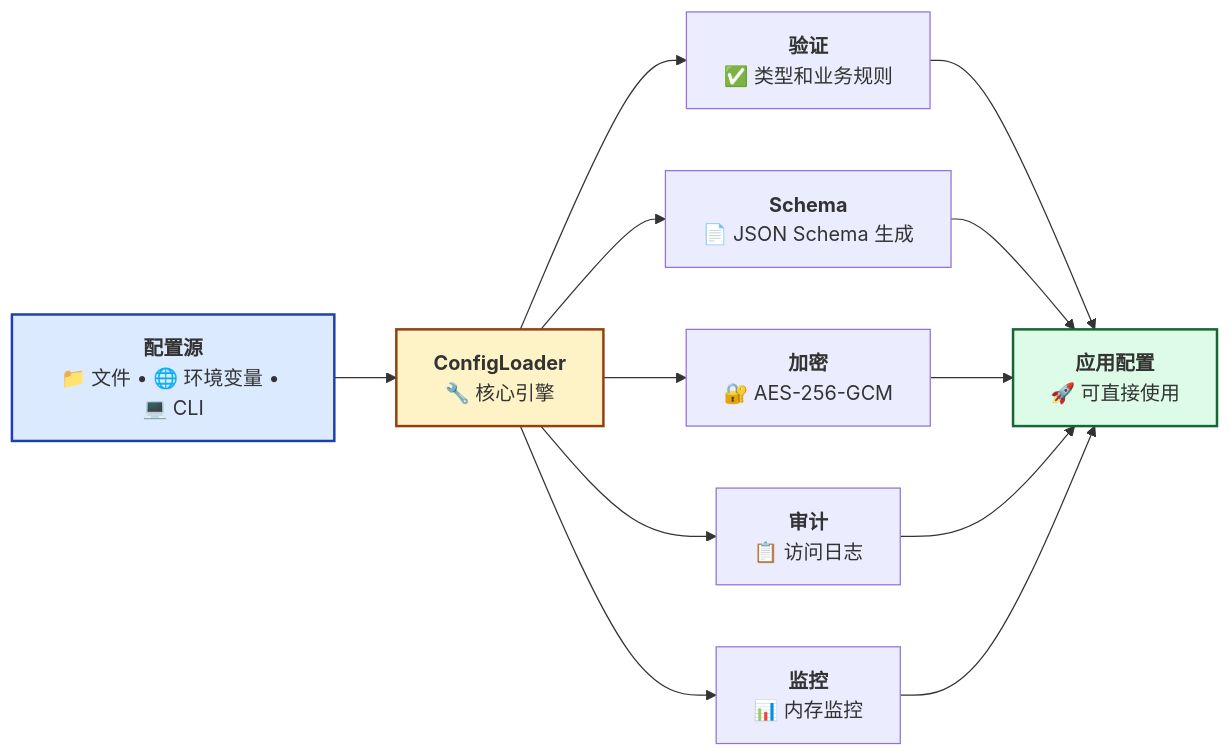
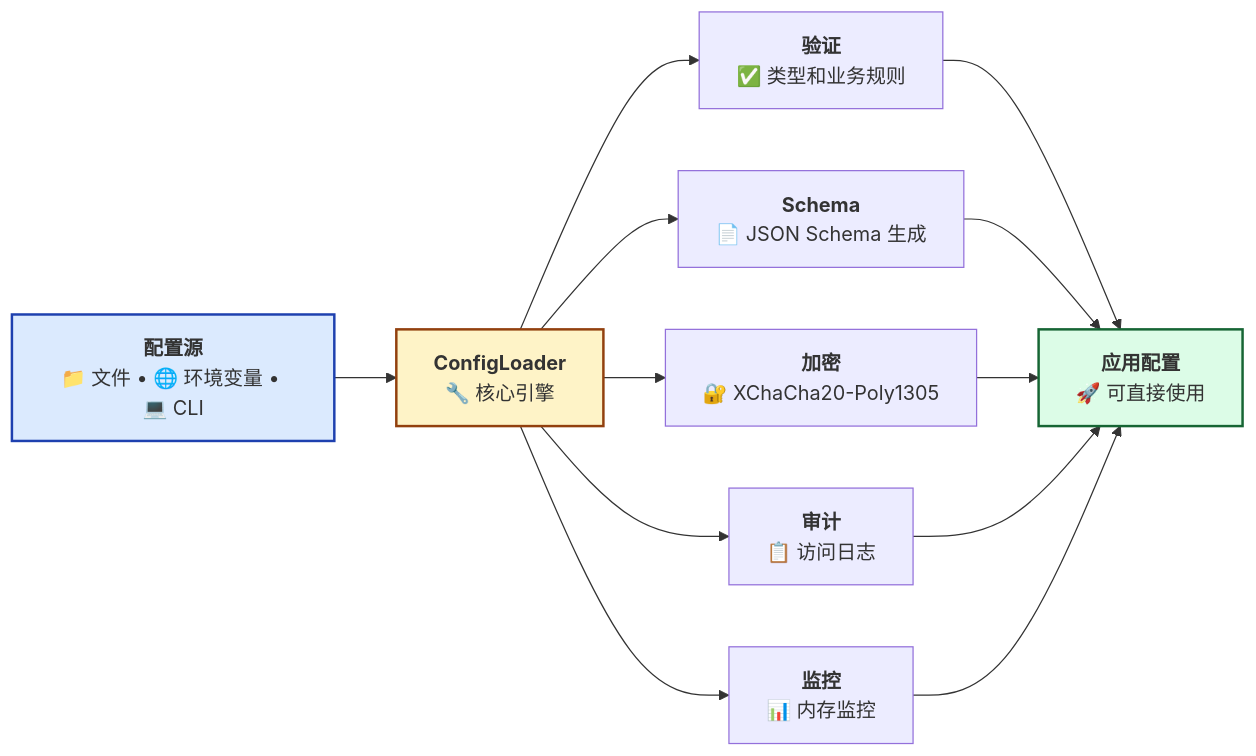
The first of 3 diagrams in README_zh.md (Kirky-X/confers), drawn with Mermaid before and after one commit. The commit also changed other lines of this file and 1 other file, not shown here.

````diff
--- a/README_zh.md
+++ b/README_zh.md
@@ -170,18 +167,18 @@
 ```mermaid
 graph LR
     A[<b>配置源</b><br/>📁 文件 • 🌐 环境变量 • 💻 CLI] --> B[<b>ConfigLoader</b><br/>🔧 核心引擎]
     B --> C[<b>验证</b><br/>✅ 类型和业务规则]
     B --> D[<b>Schema</b><br/>📄 JSON Schema 生成]
-    B --> E[<b>加密</b><br/>🔐 AES-256-GCM]
+    B --> E[<b>加密</b><br/>🔐 XChaCha20-Poly1305]
     B --> F[<b>审计</b><br/>📋 访问日志]
     B --> G[<b>监控</b><br/>📊 内存监控]
     C --> H[<b>应用配置</b><br/>🚀 可直接使用]
     D --> H
     E --> H
     F --> H
     G --> H
 
     style A fill:#DBEAFE,stroke:#1E40AF,stroke-width:2px
     style B fill:#FEF3C7,stroke:#92400E,stroke-width:2px
     style H fill:#DCFCE7,stroke:#166534,stroke-width:2px
 ```
````
